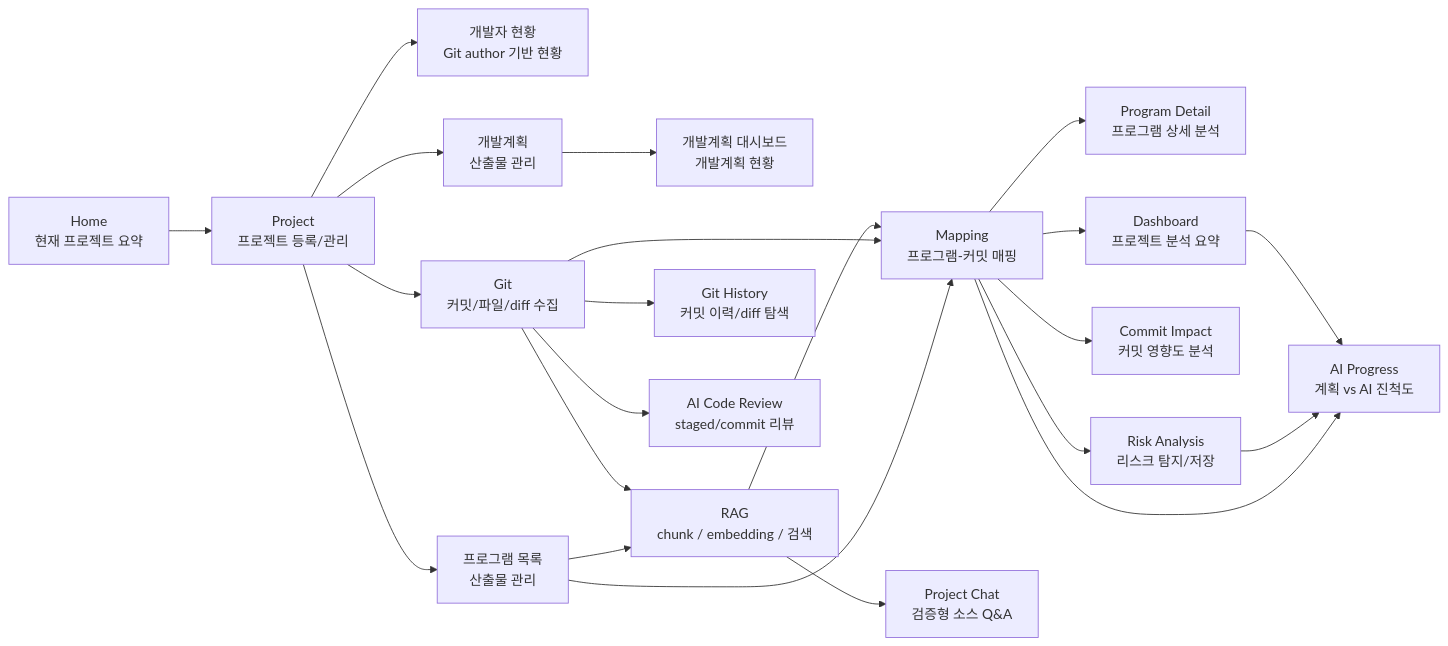
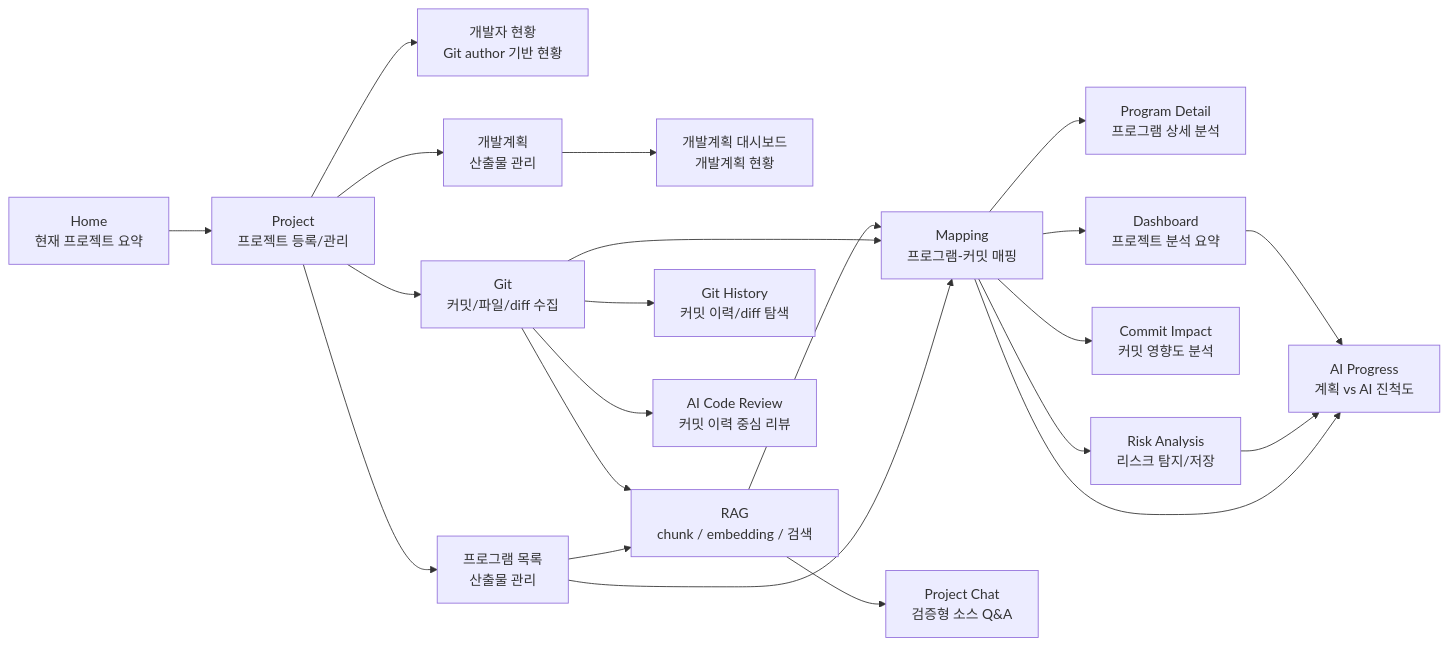
One commit to ino5/ai-commit-advisor-26 changed the fourth of 10 diagrams in docs/architecture.md. Above: the diagram before and after it, drawn with Mermaid. The commit also changed other lines of this file and 11 other files, not shown here.

Commit message:
Clarify AI code review server targets

````diff
--- a/docs/architecture.md
+++ b/docs/architecture.md
@@ -170,24 +170,24 @@
 ```mermaid
 flowchart LR
     Home["Home<br/>현재 프로젝트 요약"] --> Project["Project<br/>프로젝트 등록/관리"]
     Project --> Developer["개발자 현황<br/>Git author 기반 현황"]
     Project --> Program["프로그램 목록<br/>산출물 관리"]
     Project --> PlanUpload["개발계획<br/>산출물 관리"]
     Project --> Git["Git<br/>커밋/파일/diff 수집"]
     Program --> Mapping["Mapping<br/>프로그램-커밋 매핑"]
     PlanUpload --> PlanningDashboard["개발계획 대시보드<br/>개발계획 현황"]
     Git --> Mapping
     Program --> RAG["RAG<br/>chunk / embedding / 검색"]
     Git --> RAG
     RAG --> Mapping
     RAG --> ProjectChat["Project Chat<br/>검증형 소스 Q&A"]
     Mapping --> ProgramDetail["Program Detail<br/>프로그램 상세 분석"]
     Git --> GitHistory["Git History<br/>커밋 이력/diff 탐색"]
     Mapping --> Risk["Risk Analysis<br/>리스크 탐지/저장"]
     Mapping --> Impact["Commit Impact<br/>커밋 영향도 분석"]
-    Git --> CodeReview["AI Code Review<br/>staged/commit 리뷰"]
+    Git --> CodeReview["AI Code Review<br/>커밋 이력 중심 리뷰"]
     Mapping --> Dashboard["Dashboard<br/>프로젝트 분석 요약"]
     Mapping --> AIProgress["AI Progress<br/>계획 vs AI 진척도"]
     Risk --> AIProgress
     Dashboard --> AIProgress
 ```
````
